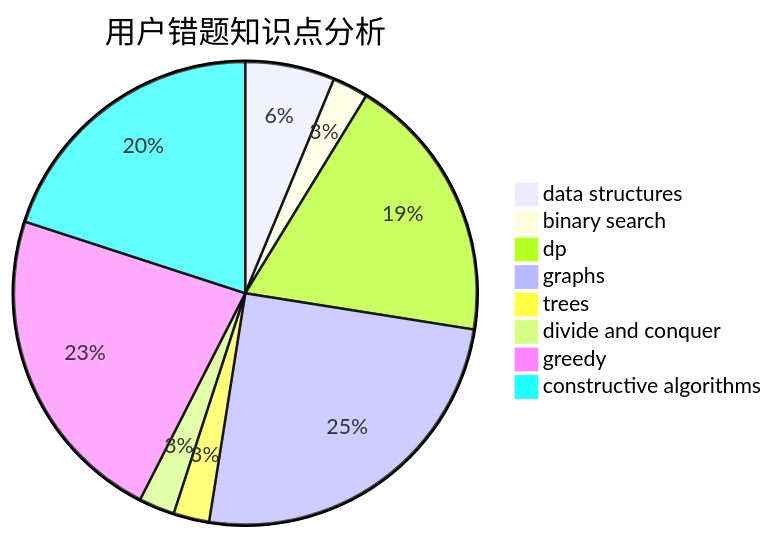
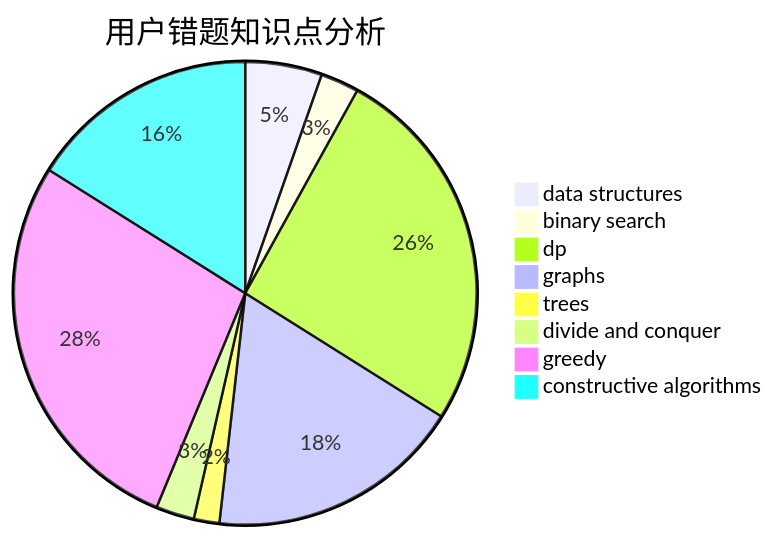
One commit to sherpahu/cfrs.github.io changed the third of 3 diagrams in docs/user/u1430.md. Above: the diagram before and after it, drawn with Mermaid. The commit also changed other lines of this file and 2770 other files, not shown here.

````diff
--- a/docs/user/u1430.md
+++ b/docs/user/u1430.md
@@ -36,11 +36,11 @@
 ```mermaid
 pie title 用户错题知识点分析
-    "data structures" :  5
-    "binary search" :  2
-    "dp" :  15
+    "data structures" :  6
+    "binary search" :  3
+    "dp" :  29
     "graphs" :  20
     "trees" :  2
-    "divide and conquer" :  2
-    "greedy" :  18
-    "constructive algorithms" :  16
+    "divide and conquer" :  3
+    "greedy" :  31
+    "constructive algorithms" :  18
 ```
````
